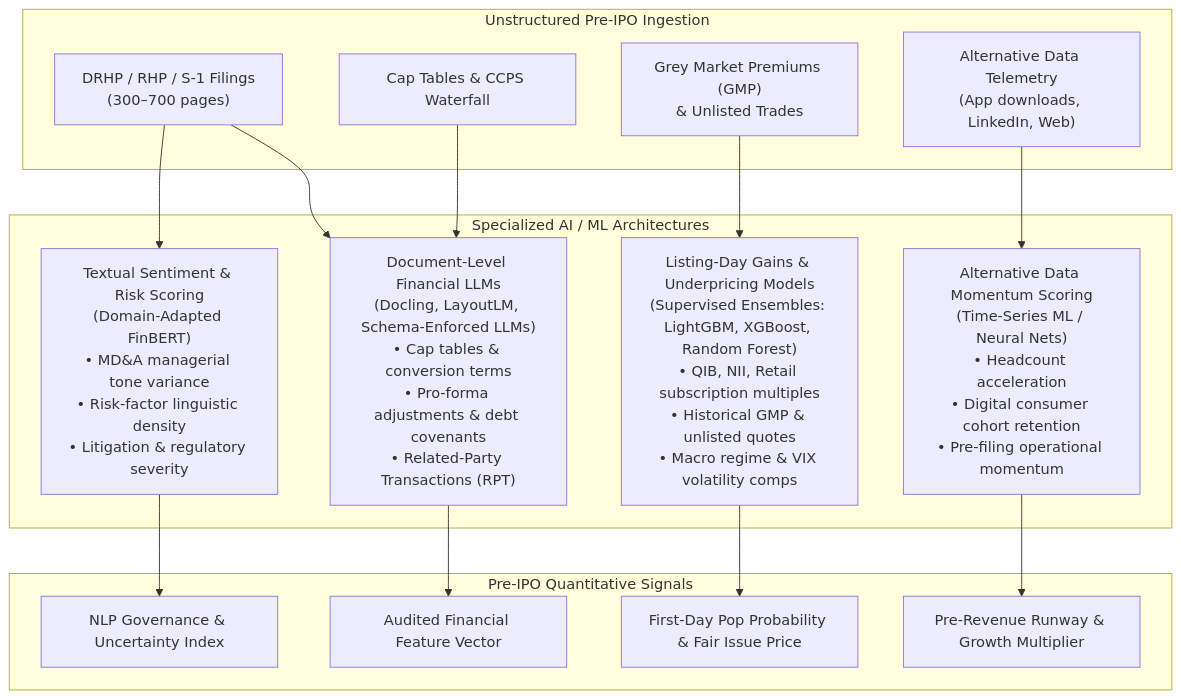
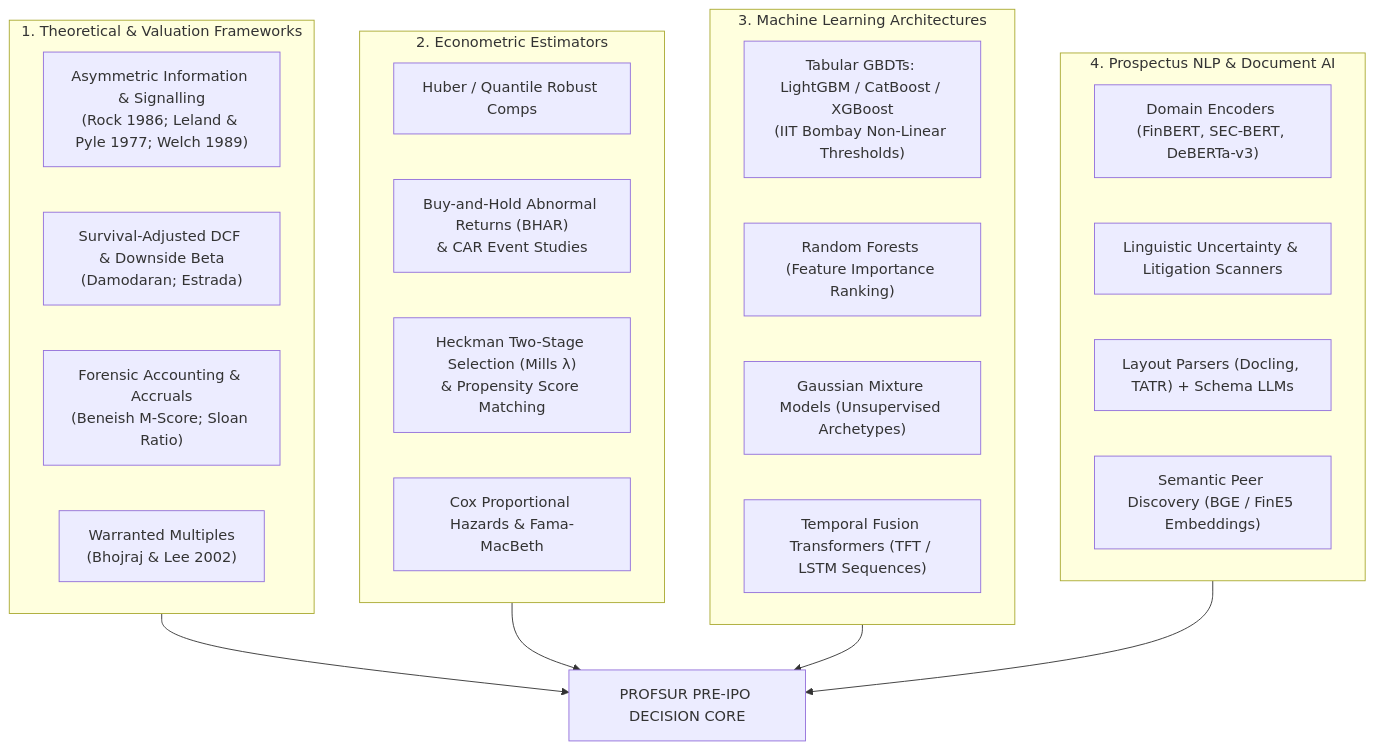
The first of 4 diagrams in docs/research/PRE_IPO_INTELLIGENCE_FOUNDATIONS_AND_BLUEPRINT.md (drbhatiasanjay/ProfSurProject), drawn with Mermaid before and after one commit. The commit also changed other lines of this file, not shown here.

Commit message:
docs(research): expand pre-ipo blueprint with 4 methodological paradigms, econometrics specifications, and 4-layer production architecture

````diff
--- a/docs/research/PRE_IPO_INTELLIGENCE_FOUNDATIONS_AND_BLUEPRINT.md
+++ b/docs/research/PRE_IPO_INTELLIGENCE_FOUNDATIONS_AND_BLUEPRINT.md
@@ -27,34 +29,35 @@
 ```mermaid
 flowchart TD
-    subgraph INPUTS["Unstructured Pre-IPO Ingestion"]
-        A1["DRHP / RHP / S-1 Filings\n(300–700 pages)"]
-        A2["Cap Tables & CCPS Waterfall"]
-        A3["Grey Market Premiums (GMP)\n& Unlisted Trades"]
-        A4["Alternative Data Telemetry\n(App downloads, LinkedIn, Web)"]
+    subgraph PARADIGM_1["1. Theoretical & Valuation Frameworks"]
+        P1A["Asymmetric Information & Signalling\n(Rock 1986; Leland & Pyle 1977; Welch 1989)"]
+        P1B["Survival-Adjusted DCF & Downside Beta\n(Damodaran; Estrada)"]
+        P1C["Forensic Accounting & Accruals\n(Beneish M-Score; Sloan Ratio)"]
+        P1D["Warranted Multiples\n(Bhojraj & Lee 2002)"]
     end
 
-    subgraph AI_ML_TASKS["Specialized AI / ML Architectures"]
-        B1["Document-Level Financial LLMs\n(Docling, LayoutLM, Schema-Enforced LLMs)\n• Cap tables & conversion terms\n• Pro-forma adjustments & debt covenants\n• Related-Party Transactions (RPT)"]
-        B2["Listing-Day Gains & Underpricing Models\n(Supervised Ensembles: LightGBM, XGBoost, Random Forest)\n• QIB, NII, Retail subscription multiples\n• Historical GMP & unlisted quotes\n• Macro regime & VIX volatility comps"]
-        B3["Textual Sentiment & Risk Scoring\n(Domain-Adapted FinBERT)\n• MD&A managerial tone variance\n• Risk-factor linguistic density\n• Litigation & regulatory severity"]
-        B4["Alternative Data Momentum Scoring\n(Time-Series ML / Neural Nets)\n• Headcount acceleration\n• Digital consumer cohort retention\n• Pre-filing operational momentum"]
+    subgraph PARADIGM_2["2. Econometric Estimators"]
+        P2A["Huber / Quantile Robust Comps"]
+        P2B["Buy-and-Hold Abnormal Returns (BHAR)\n& CAR Event Studies"]
+        P2C["Heckman Two-Stage Selection (Mills λ)\n& Propensity Score Matching"]
+        P2D["Cox Proportional Hazards & Fama-MacBeth"]
     end
 
-    subgraph OUTPUTS["Pre-IPO Quantitative Signals"]
-        C1["Audited Financial Feature Vector"]
-        C2["First-Day Pop Probability & Fair Issue Price"]
-        C3["NLP Governance & Uncertainty Index"]
-        C4["Pre-Revenue Runway & Growth Multiplier"]
+    subgraph PARADIGM_3["3. Machine Learning Architectures"]
+        P3A["Tabular GBDTs: LightGBM / CatBoost / XGBoost\n(IIT Bombay Non-Linear Thresholds)"]
+        P3B["Random Forests (Feature Importance Ranking)"]
+        P3C["Gaussian Mixture Models (Unsupervised Archetypes)"]
+        P3D["Temporal Fusion Transformers (TFT / LSTM Sequences)"]
     end
 
-    A1 --> B1
-    A2 --> B1
-    A1 --> B3
-    A3 --> B2
-    A4 --> B4
+    subgraph PARADIGM_4["4. Prospectus NLP & Document AI"]
+        P4A["Domain Encoders (FinBERT, SEC-BERT, DeBERTa-v3)"]
+        P4B["Linguistic Uncertainty & Litigation Scanners"]
+        P4C["Layout Parsers (Docling, TATR) + Schema LLMs"]
+        P4D["Semantic Peer Discovery (BGE / FinE5 Embeddings)"]
+    end
 
-    B1 --> C1
-    B2 --> C2
-    B3 --> C3
-    B4 --> C4
+    PARADIGM_1 --> SYNTHESIS["PROFSUR PRE-IPO DECISION CORE"]
+    PARADIGM_2 --> SYNTHESIS
+    PARADIGM_3 --> SYNTHESIS
+    PARADIGM_4 --> SYNTHESIS
 ```
````
